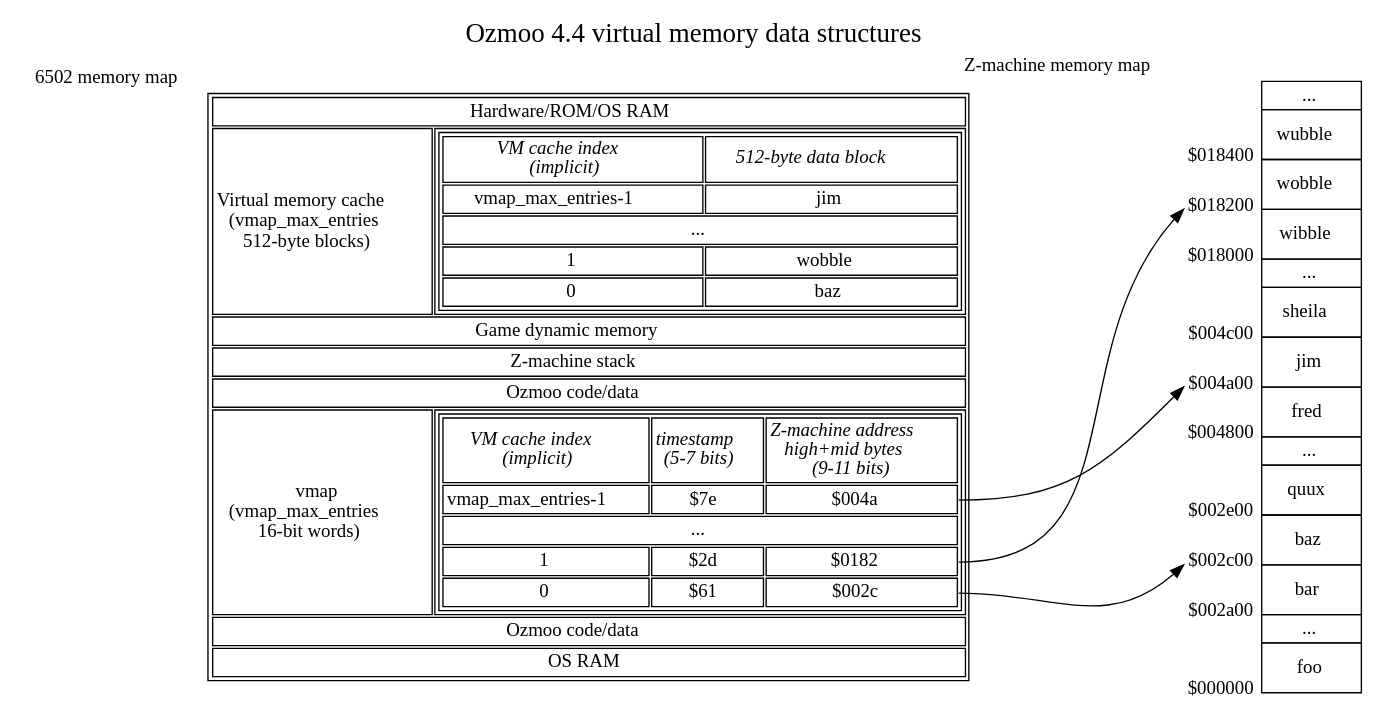
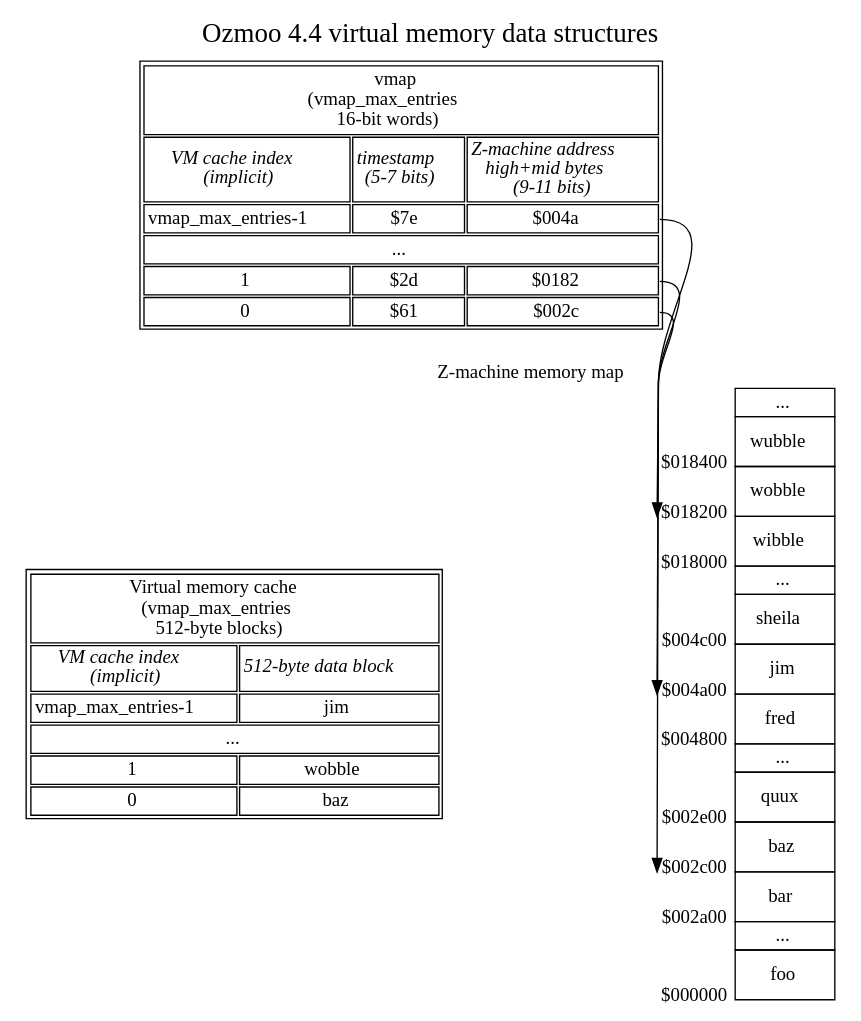
One commit to ZornsLemma/ozmoo changed the diagram in documentation/techdocs/memory-map-1.dot. Above: the diagram before and after it, drawn with Graphviz.

Commit message:
Snapshot

```diff
--- a/documentation/techdocs/memory-map-1.dot
+++ b/documentation/techdocs/memory-map-1.dot
@@ -1,123 +1,111 @@
 digraph memory {
     graph [nodesep=2, label="Ozmoo 4.4 virtual memory data structures", fontsize=20, labelloc=t];
     forcelabels=true;
     node [shape=plaintext];
 
     # SFTODO: Rename "top" to "ram"?
-    top [xlabel="6502 memory map", label=<
+    top [label=<
     <table>
-        <tr><td colspan="2">Hardware/ROM/OS RAM</td></tr>
         <!-- SFTODO: could label start of this chunk of memory vmap_first_ram_page -->
-        <tr><td>Virtual memory cache<br/>(vmap_max_entries<br/>512-byte blocks)</td>
-            <td>
-                <table port="vmem">
+        <tr><td colspan="2">Virtual memory cache<br/>(vmap_max_entries<br/>512-byte blocks)</td></tr>
                     <tr>
                         <td><i>VM cache index<br/>(implicit)</i></td>
                         <td><i>512-byte data block</i></td>
                     </tr>
                     <tr>
                         <td>vmap_max_entries-1</td>
                         <td>jim</td>
                     </tr>
                     <tr><td colspan="2">...</td></tr>
                     <tr>
                         <td>1</td>
                         <td>wobble</td>
                     </tr>
                     <tr>
                         <td>0</td>
                         <td>baz</td>
                     </tr>
-                </table>
-            </td>
+    </table>>];
+
+    SFTODORENAME [label=<
+    <table>
+        <tr><td colspan="3">vmap<br/>(vmap_max_entries<br/>16-bit words)</td></tr>
+        <tr>
+            <td><i>VM cache index<br/>(implicit)</i></td>
+            <td><i>timestamp<br/>(5-7 bits)</i></td>
+            <td><i>Z-machine address<br/>high+mid bytes<br/>(9-11 bits)</i></td>
         </tr>
-        <tr><td colspan="2">Game dynamic memory</td></tr>
-        <tr><td colspan="2">Z-machine stack</td></tr>
-        <tr><td colspan="2">Ozmoo code/data</td></tr>
-        <tr><td>vmap<br/>(vmap_max_entries<br/>16-bit words)</td>
-            <td>
-                <table>
-                    <tr>
-                        <td><i>VM cache index<br/>(implicit)</i></td>
-                        <td><i>timestamp<br/>(5-7 bits)</i></td>
-                        <td><i>Z-machine address<br/>high+mid bytes<br/>(9-11 bits)</i></td>
-                    </tr>
-                    <tr><td>vmap_max_entries-1</td><td>$7e</td><td port="z004a">$004a</td></tr>
-                    <tr><td colspan="3">...</td></tr>
-                    <tr><td>1</td><td>$2d</td><td port="z0182">$0182</td></tr>
-                    <tr><td>0</td><td>$61</td><td port="z002c">$002c</td></tr>
-                </table>
-            </td>
-        </tr>
-        <tr><td colspan="2">Ozmoo code/data</td></tr>
-        <tr><td colspan="2">OS RAM</td></tr>
+        <tr><td>vmap_max_entries-1</td><td>$7e</td><td port="z004a">$004a</td></tr>
+        <tr><td colspan="3">...</td></tr>
+        <tr><td>1</td><td>$2d</td><td port="z0182">$0182</td></tr>
+        <tr><td>0</td><td>$61</td><td port="z002c">$002c</td></tr>
     </table>>];
 
     zmachine [xlabel="Z-machine memory map", label=<
     <table border="0" cellspacing="0">
         <tr>
             <td></td>
             <td border="1">...</td>
         </tr>
         <tr>
             <td valign="bottom"><sub>$018400</sub></td>
             <td border="1" cellpadding="10"><!-- Z-code: -->wubble</td>
         </tr>
         <tr>
             <td port="z0182" valign="bottom"><sub>$018200</sub></td>
             <td border="1" cellpadding="10"><!-- Z-code: -->wobble</td>
         </tr>
         <tr>
             <td valign="bottom"><sub>$018000</sub></td>
             <td border="1" cellpadding="10"><!-- Z-code: -->wibble</td>
         </tr>
         <tr>
             <td></td>
             <td border="1">...</td>
         </tr>
         <tr>
             <td valign="bottom"><sub>$004c00</sub></td>
             <td border="1" cellpadding="10"><!-- Z-code: -->sheila</td>
         </tr>
         <tr>
             <td port="z004a" valign="bottom"><sub>$004a00</sub></td>
             <td border="1" cellpadding="10"><!-- Z-code: -->jim</td>
         </tr>
         <tr>
             <td valign="bottom"><sub>$004800</sub></td>
             <td border="1" cellpadding="10"><!-- Z-code: -->fred</td>
         </tr>
         <tr>
             <td></td>
             <td border="1">...</td>
         </tr>
         <tr>
             <td valign="bottom"><sub>$002e00</sub></td>
             <td border="1" cellpadding="10"><!-- Z-code: -->quux</td>
         </tr>
         <tr>
             <td port="z002c" valign="bottom"><sub>$002c00</sub></td>
             <td border="1" cellpadding="10"><!-- Z-code: -->baz</td>
         </tr>
         <tr>
             <td valign="bottom"><sub>$002a00</sub></td>
             <td border="1" cellpadding="10"><!-- Z-code: -->bar</td>
         </tr>
         <tr>
             <td></td>
             <td border="1">...</td>
         </tr>
         <tr>
             <td valign="bottom"><sub>$000000</sub></td>
             <td border="1" cellpadding="10"><!-- Z-code: -->foo</td>
         </tr>
     </table>>];
 
     {rank = same; top zmachine};
 
-    top:z004a:e -> zmachine:z004a:sw;
-    top:z002c:e -> zmachine:z002c:sw;
-    top:z0182:e -> zmachine:z0182:sw;
+    SFTODORENAME:z004a:e -> zmachine:z004a:sw;
+    SFTODORENAME:z002c:e -> zmachine:z002c:sw;
+    SFTODORENAME:z0182:e -> zmachine:z0182:sw;
 }
 
 # vi: sw=4 sts=4
```
